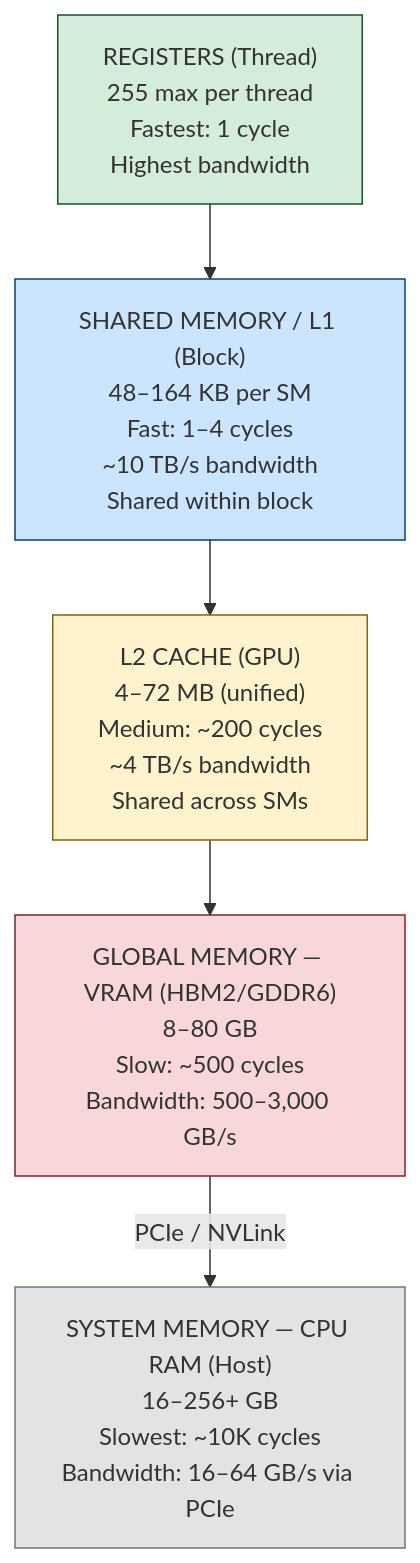
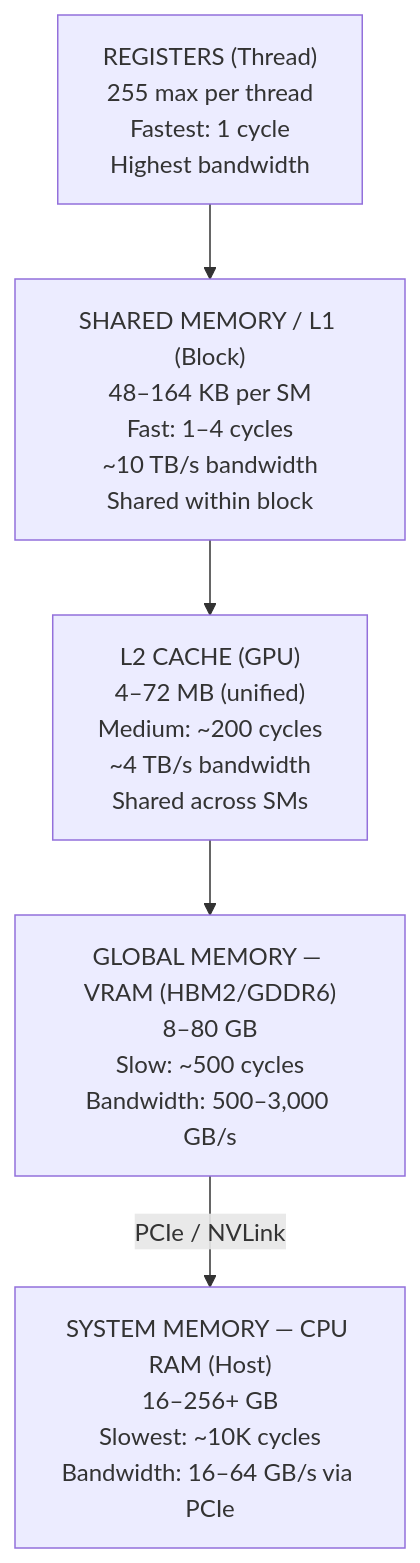
The fourth of 45 diagrams in docs/GPU_MAP_OPERATOR.md (alirezaazadi/renoir), drawn with Mermaid before and after one commit. The commit also changed other lines of this file, not shown here.

Commit message:
doc: fix the mermaid charts issues

````diff
--- a/docs/GPU_MAP_OPERATOR.md
+++ b/docs/GPU_MAP_OPERATOR.md
@@ -259,14 +246,8 @@
 ```mermaid
 flowchart TB
-    REG["REGISTERS (Thread)\n255 max per thread\nFastest: 1 cycle\nHighest bandwidth"]
-    REG --> SHMEM["SHARED MEMORY / L1 (Block)\n48–164 KB per SM\nFast: 1–4 cycles\n~10 TB/s bandwidth\nShared within block"]
-    SHMEM --> L2["L2 CACHE (GPU)\n4–72 MB (unified)\nMedium: ~200 cycles\n~4 TB/s bandwidth\nShared across SMs"]
-    L2 --> GMEM["GLOBAL MEMORY — VRAM (HBM2/GDDR6)\n8–80 GB\nSlow: ~500 cycles\nBandwidth: 500–3,000 GB/s"]
-    GMEM -->|"PCIe / NVLink"| SYSMEM["SYSTEM MEMORY — CPU RAM (Host)\n16–256+ GB\nSlowest: ~10K cycles\nBandwidth: 16–64 GB/s via PCIe"]
-
-    style REG fill:#d4edda,stroke:#155724
-    style SHMEM fill:#cce5ff,stroke:#004085
-    style L2 fill:#fff3cd,stroke:#856404
-    style GMEM fill:#f8d7da,stroke:#842029
-    style SYSMEM fill:#e2e3e5,stroke:#6c757d
+    REG["REGISTERS (Thread)<br/>255 max per thread<br/>Fastest: 1 cycle<br/>Highest bandwidth"]
+    REG --> SHMEM["SHARED MEMORY / L1 (Block)<br/>48–164 KB per SM<br/>Fast: 1–4 cycles<br/>~10 TB/s bandwidth<br/>Shared within block"]
+    SHMEM --> L2["L2 CACHE (GPU)<br/>4–72 MB (unified)<br/>Medium: ~200 cycles<br/>~4 TB/s bandwidth<br/>Shared across SMs"]
+    L2 --> GMEM["GLOBAL MEMORY — VRAM (HBM2/GDDR6)<br/>8–80 GB<br/>Slow: ~500 cycles<br/>Bandwidth: 500–3,000 GB/s"]
+    GMEM -->|"PCIe / NVLink"| SYSMEM["SYSTEM MEMORY — CPU RAM (Host)<br/>16–256+ GB<br/>Slowest: ~10K cycles<br/>Bandwidth: 16–64 GB/s via PCIe"]
 ```
````
